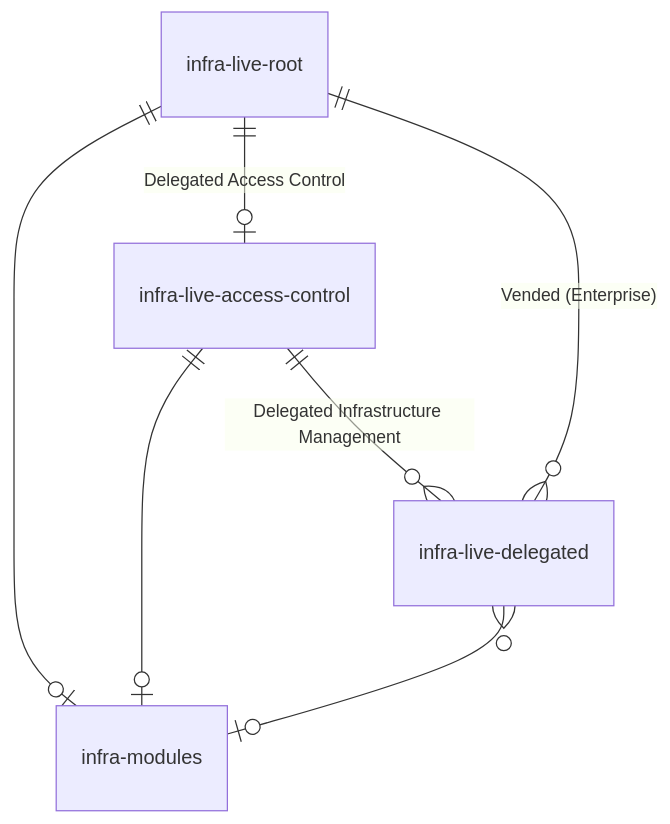
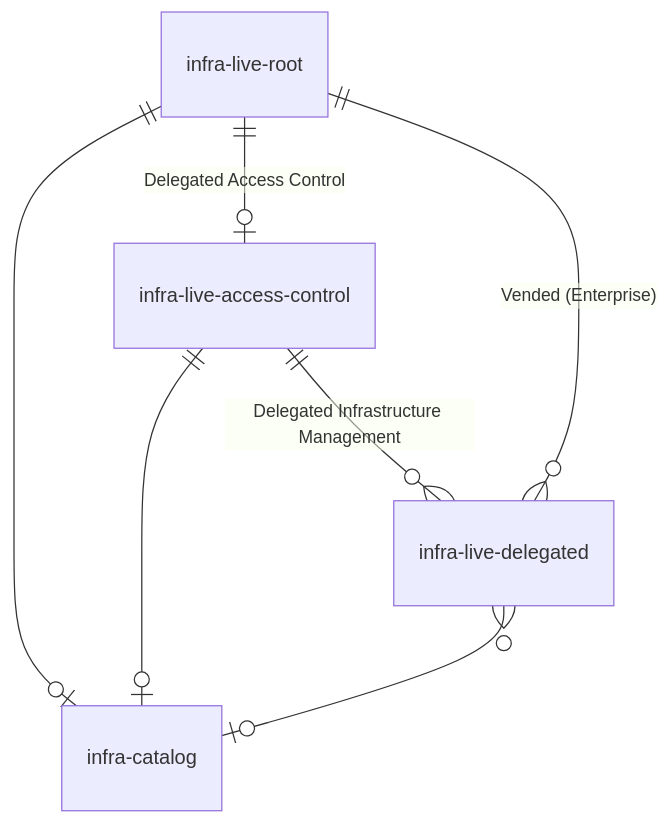
One commit to gruntwork-io/docs changed the diagram in docs/2.0/docs/accountfactory/architecture/repository-topology.md. Above: the diagram before and after it, drawn with Mermaid. The commit also changed other lines of this file, not shown here.

````diff
--- a/docs/2.0/docs/accountfactory/architecture/repository-topology.md
+++ b/docs/2.0/docs/accountfactory/architecture/repository-topology.md
@@ -106,9 +117,9 @@
 ```mermaid
 erDiagram
     infra-live-root ||--o| infra-live-access-control : "Delegated Access Control"
     infra-live-access-control ||--o{ infra-live-delegated : "Delegated Infrastructure Management"
     infra-live-root ||--o{ infra-live-delegated : "Vended (Enterprise)"
-    infra-live-root ||--o| infra-modules : ""
-    infra-live-access-control ||--o| infra-modules: ""
-    infra-live-delegated }o--o| infra-modules: ""
+    infra-live-root ||--o| infra-catalog : ""
+    infra-live-access-control ||--o| infra-catalog: ""
+    infra-live-delegated }o--o| infra-catalog: ""
 ```
````
